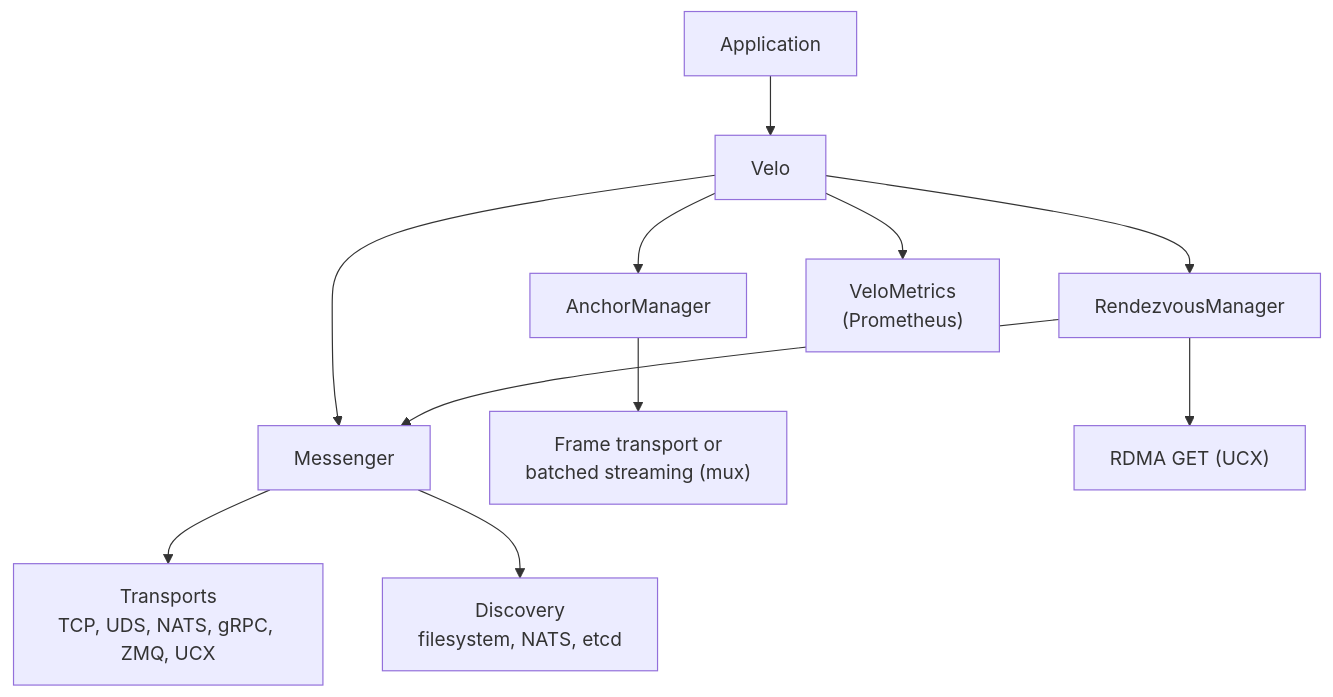
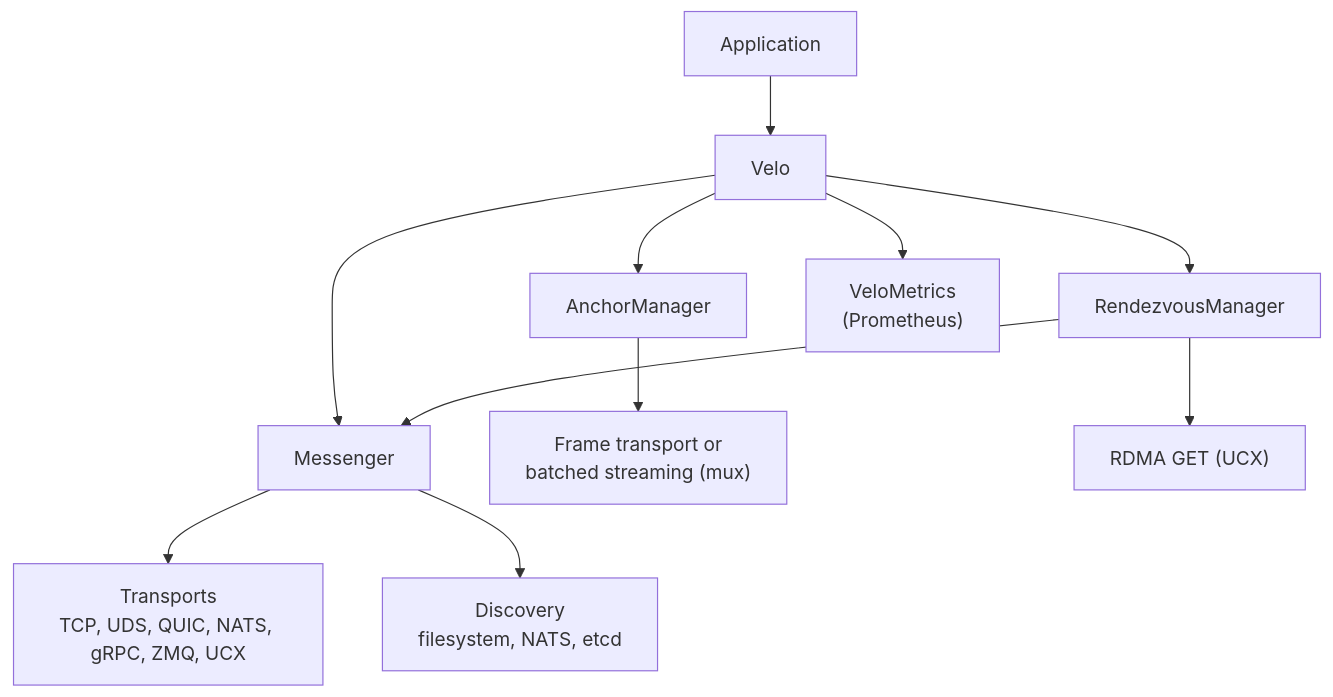
The diagram in docs/src/introduction.md (ai-dynamo/velo), drawn with Mermaid before and after one commit. The commit also changed 46 other files, not shown here.

First line of the commit message:
feat(transports): QUIC messenger transport on quinn (#91)

````diff
--- a/docs/src/introduction.md
+++ b/docs/src/introduction.md
@@ -17,13 +17,13 @@
 ```mermaid
 graph TD
     App[Application] --> V[Velo]
     V --> M[Messenger]
     V --> A[AnchorManager]
     V --> R[RendezvousManager]
-    M --> T["Transports<br>TCP, UDS, NATS, gRPC, ZMQ, UCX"]
+    M --> T["Transports<br>TCP, UDS, QUIC, NATS, gRPC, ZMQ, UCX"]
     A --> FT["Frame transport or<br>batched streaming (mux)"]
     R --> M
     R --> RDMA["RDMA GET (UCX)"]
     M --> D["Discovery<br>filesystem, NATS, etcd"]
     V --> O["VeloMetrics<br>(Prometheus)"]
 ```
````
